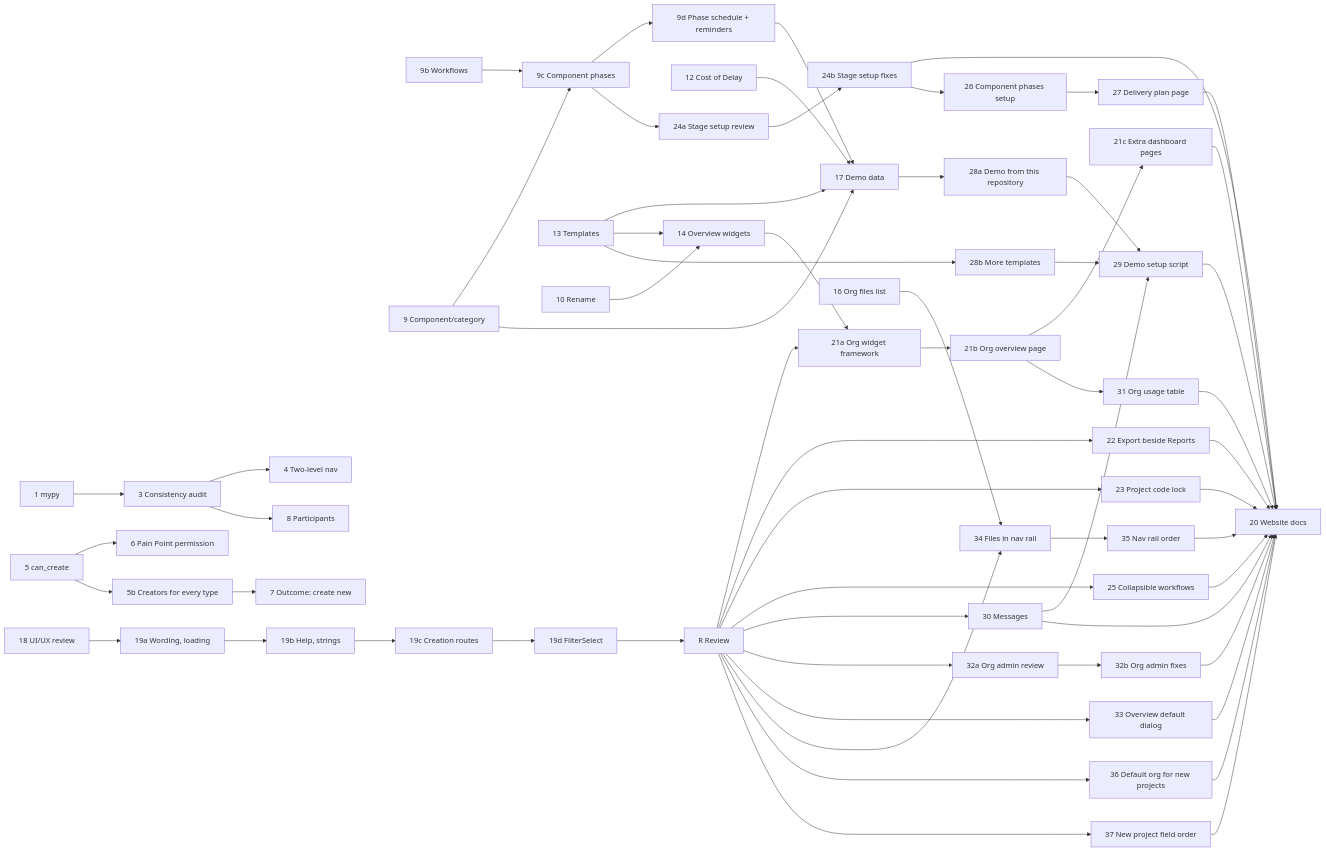
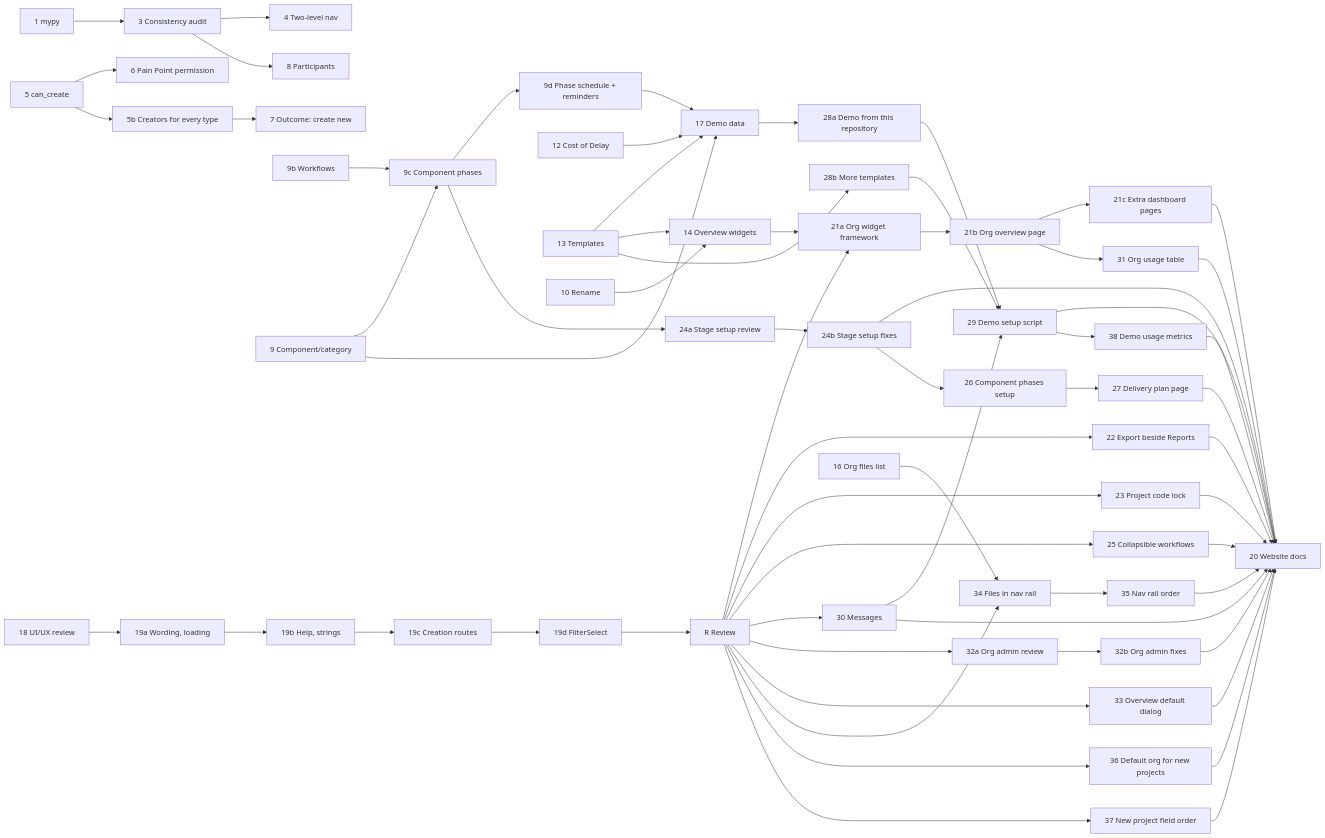
One commit to ballardr/reqtrackmanager changed the diagram in docs/plans/platform-review-2026-11-plan.md. Above: the diagram before and after it, drawn with Mermaid. The commit also changed other lines of this file and 52 other files, not shown here.

````diff
--- a/docs/plans/platform-review-2026-11-plan.md
+++ b/docs/plans/platform-review-2026-11-plan.md
@@ -65,63 +66,65 @@
 ```mermaid
 flowchart LR
     P1["1 mypy"] --> P3["3 Consistency audit"]
     P3 --> P4["4 Two-level nav"]
     P5["5 can_create"] --> P6["6 Pain Point permission"]
     P5 --> P5b["5b Creators for every type"]
     P5b --> P7["7 Outcome: create new"]
     P3 --> P8["8 Participants"]
     P9b["9b Workflows"] --> P9c["9c Component phases"]
     P9["9 Component/category"] --> P9c
     P9 --> P17["17 Demo data"]
     P9c --> P9d["9d Phase schedule + reminders"]
     P9d --> P17
     P12["12 Cost of Delay"] --> P17
     P13["13 Templates"] --> P17
     P10["10 Rename"] --> P14["14 Overview widgets"]
     P13 --> P14
     P18["18 UI/UX review"] --> P19a["19a Wording, loading"]
     P19a --> P19b["19b Help, strings"]
     P19b --> P19c["19c Creation routes"]
     P19c --> P19d["19d FilterSelect"]
     P19d --> PR["R Review"]
     PR --> P21a["21a Org widget framework"]
     P14["14 Overview widgets"] --> P21a
     P21a --> P21b["21b Org overview page"]
     P21b --> P21c["21c Extra dashboard pages"]
     PR --> P22["22 Export beside Reports"]
     PR --> P23["23 Project code lock"]
     P9c["9c Component phases"] --> P24a["24a Stage setup review"]
     P24a --> P24b["24b Stage setup fixes"]
     P21c --> P20["20 Website docs"]
     P22 --> P20
     P23 --> P20
     P24b --> P20
     PR --> P25["25 Collapsible workflows"]
     P24b --> P26["26 Component phases setup"]
     P26 --> P27["27 Delivery plan page"]
     P17["17 Demo data"] --> P28a["28a Demo from this repository"]
     P13["13 Templates"] --> P28b["28b More templates"]
     P28a --> P29["29 Demo setup script"]
     P28b --> P29
     P30["30 Messages"] --> P29
     PR --> P30
     P21b --> P31["31 Org usage table"]
     PR --> P32a["32a Org admin review"]
     P32a --> P32b["32b Org admin fixes"]
     P25 --> P20
     P27 --> P20
     P29 --> P20
     P30 --> P20
     P31 --> P20
     P32b --> P20
     P16["16 Org files list"] --> P34["34 Files in nav rail"]
     PR --> P33["33 Overview default dialog"]
     PR --> P34
     P34 --> P35["35 Nav rail order"]
     P33 --> P20
     P35 --> P20
     PR --> P36["36 Default org for new projects"]
     P36 --> P20
     PR --> P37["37 New project field order"]
     P37 --> P20
+    P29 --> P38["38 Demo usage metrics"]
+    P38 --> P20
 ```
````
